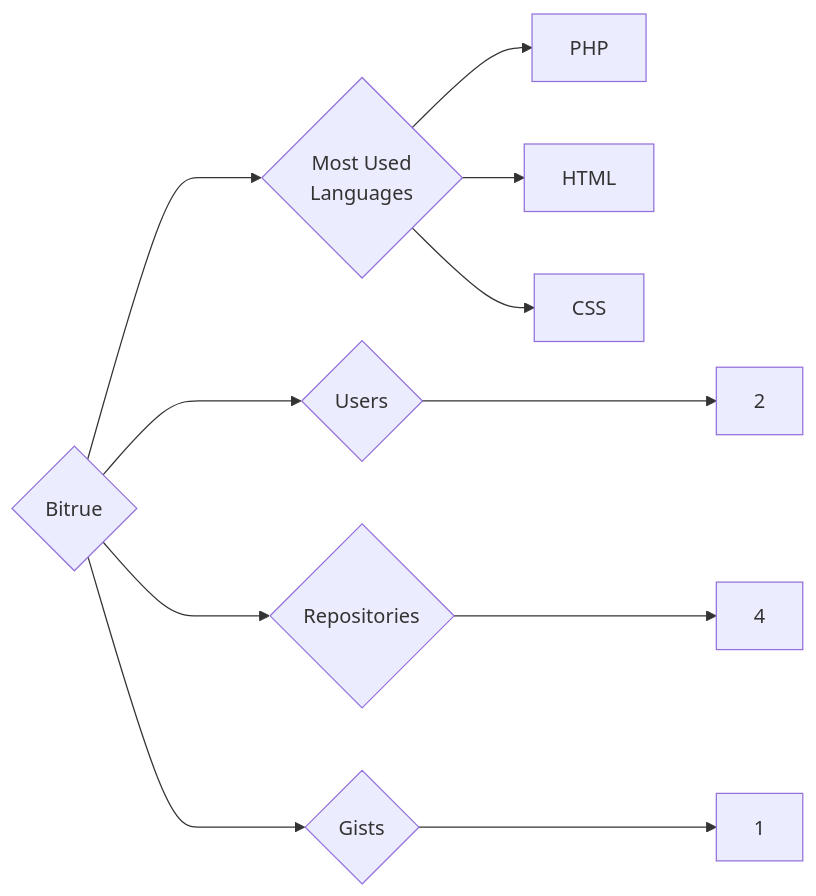
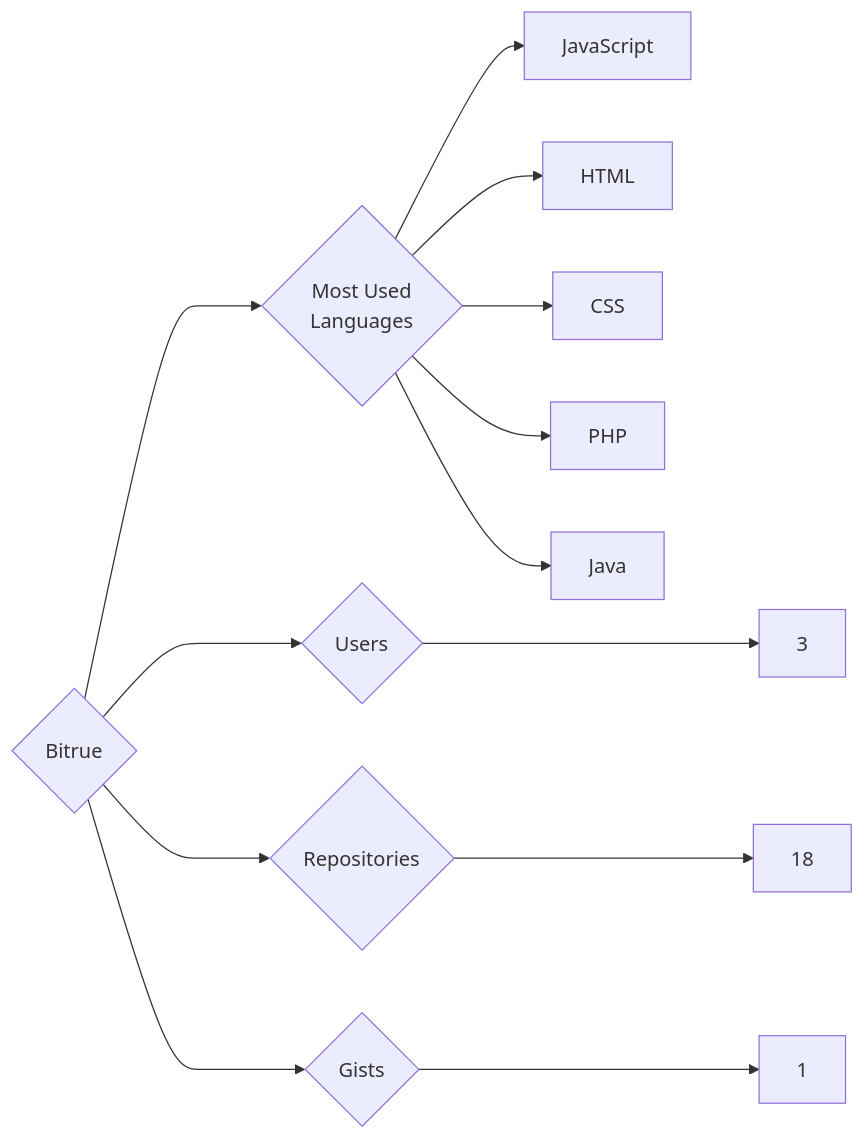
One commit to trickest/insiders changed the diagram in targets/Bitrue/README.md. Above: the diagram before and after it, drawn with Mermaid. The commit also changed 681 other files, not shown here.

````diff
--- a/targets/Bitrue/README.md
+++ b/targets/Bitrue/README.md
@@ -3,11 +3,13 @@
 ```mermaid
 graph LR
 COMPANY_NAME{Bitrue}
-COMPANY_NAME ---> U{Users} ---> UN[2]
-COMPANY_NAME ---> R{Repositories} ---> RN[4]
+COMPANY_NAME ---> U{Users} ---> UN[3]
+COMPANY_NAME ---> R{Repositories} ---> RN[18]
 COMPANY_NAME ---> G{Gists} ---> GN[1]
 COMPANY_NAME ---> ML{Most Used<br>Languages}
-ML --> PHP[PHP]
+ML --> JavaScript[JavaScript]
 ML --> HTML[HTML]
 ML --> CSS[CSS]
+ML --> PHP[PHP]
+ML --> Java[Java]
 ```
````
